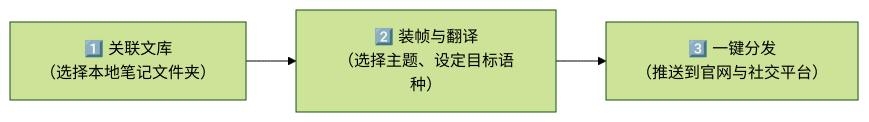
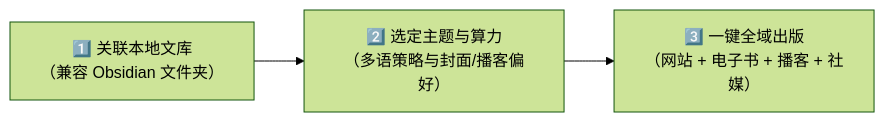
One commit to Illacme/illacme-plenipes changed the diagram in README.zh-CN.md. Above: the diagram before and after it, drawn with Mermaid (forest theme). The commit also changed other lines of this file and 2 other files, not shown here.

````diff
--- a/README.zh-CN.md
+++ b/README.zh-CN.md
@@ -161,5 +102,5 @@
 ```mermaid
 graph LR
-    A["1️⃣ 关联文库<br/>（选择本地笔记文件夹）"] --> B["2️⃣ 装帧与翻译<br/>（选择主题、设定目标语种）"]
-    B --> C["3️⃣ 一键分发<br/>（推送到官网与社交平台）"]
+    A["1️⃣ 关联本地文库<br/>（兼容 Obsidian 文件夹）"] --> B["2️⃣ 选定主题与算力<br/>（多语策略与封面/播客偏好）"]
+    B --> C["3️⃣ 一键全域出版<br/>（网站 + 电子书 + 播客 + 社媒）"]
 ```
````
